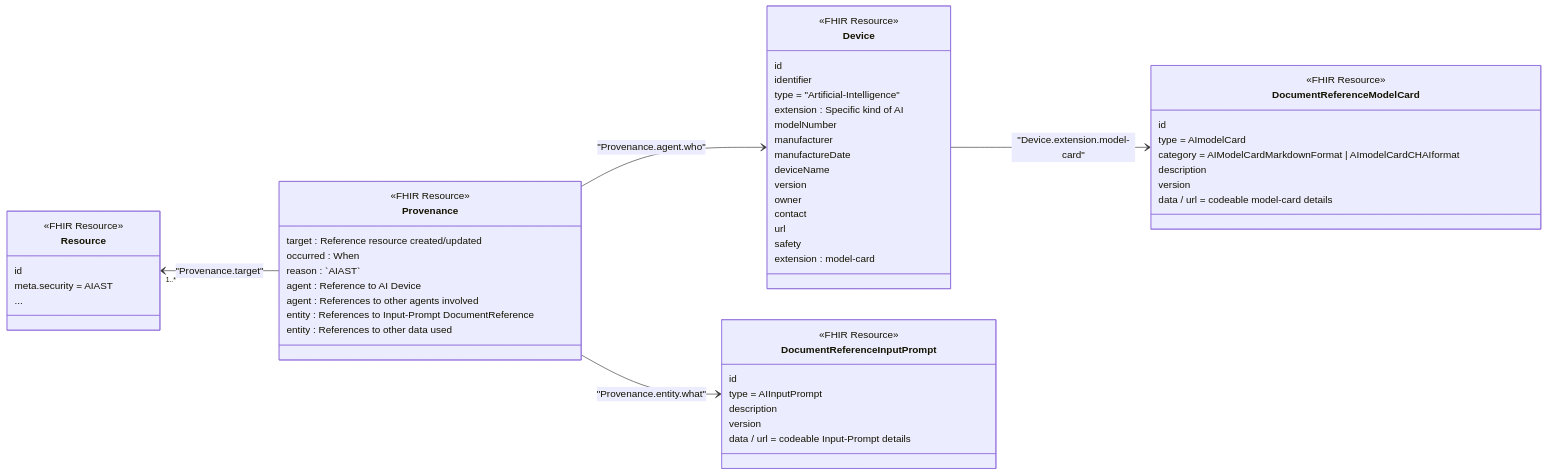
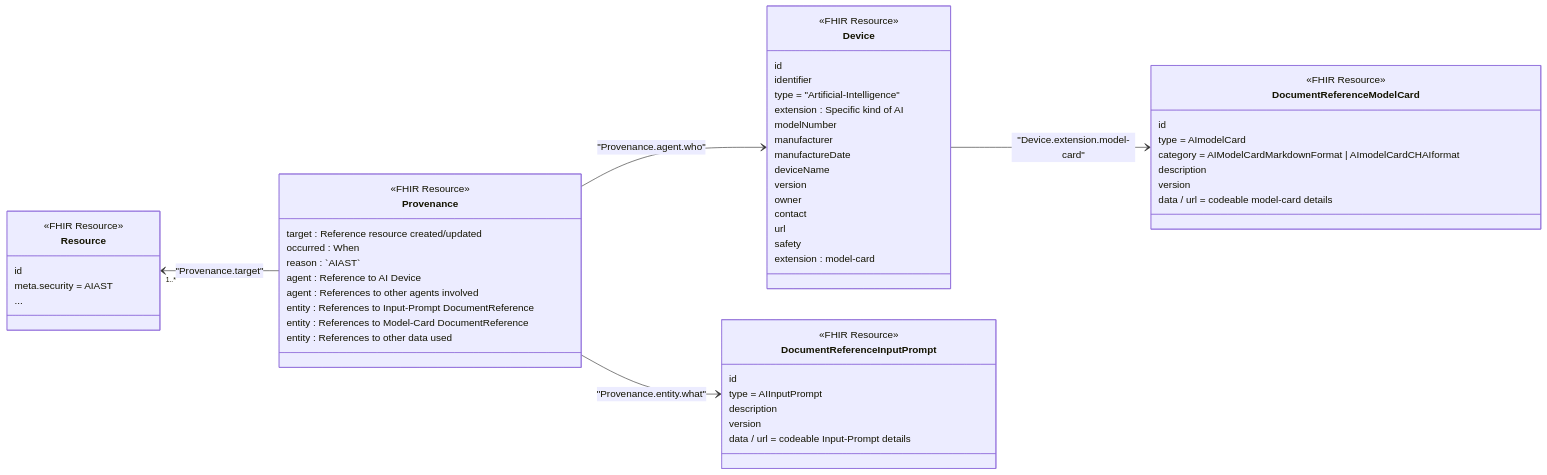
The second of 2 diagrams in input/pagecontent/requirements.md (HL7/aitransparency-ig), drawn with Mermaid before and after one commit. The commit also changed other lines of this file and 1 other file, not shown here.

````diff
--- a/input/pagecontent/requirements.md
+++ b/input/pagecontent/requirements.md
@@ -151,63 +151,64 @@
 ```mermaid
 classDiagram
     direction LR
     class Resource {
         <<FHIR Resource>>
         id
         meta.security = AIAST
         ...
     }
 
     class Provenance {
         <<FHIR Resource>>
         target : Reference resource created/updated
         occurred : When
         reason : `AIAST`
         agent : Reference to AI Device
         agent : References to other agents involved
         entity : References to Input-Prompt DocumentReference
+        entity : References to Model-Card DocumentReference
         entity : References to other data used
     }
 
     class Device {
         <<FHIR Resource>>
         id
         identifier
         type = "Artificial-Intelligence"
         extension : Specific kind of AI
         modelNumber
         manufacturer
         manufactureDate
         deviceName
         version
         owner
         contact
         url
         safety
         extension : model-card
     }
 
     class DocumentReferenceModelCard {
         <<FHIR Resource>>
         id
         type = AImodelCard
         category = AIModelCardMarkdownFormat  | AImodelCardCHAIformat
         description
         version
         data / url = codeable model-card details
     }
 
     class DocumentReferenceInputPrompt {
         <<FHIR Resource>>
         id
         type = AIInputPrompt
         description
         version
         data / url = codeable Input-Prompt details
     }
 
     Resource "1..*" <-- Provenance : "Provenance.target"
     Provenance --> Device : "Provenance.agent.who"
     Device --> DocumentReferenceModelCard : "Device.extension.model-card"
     Provenance --> DocumentReferenceInputPrompt : "Provenance.entity.what"
 ```
````
